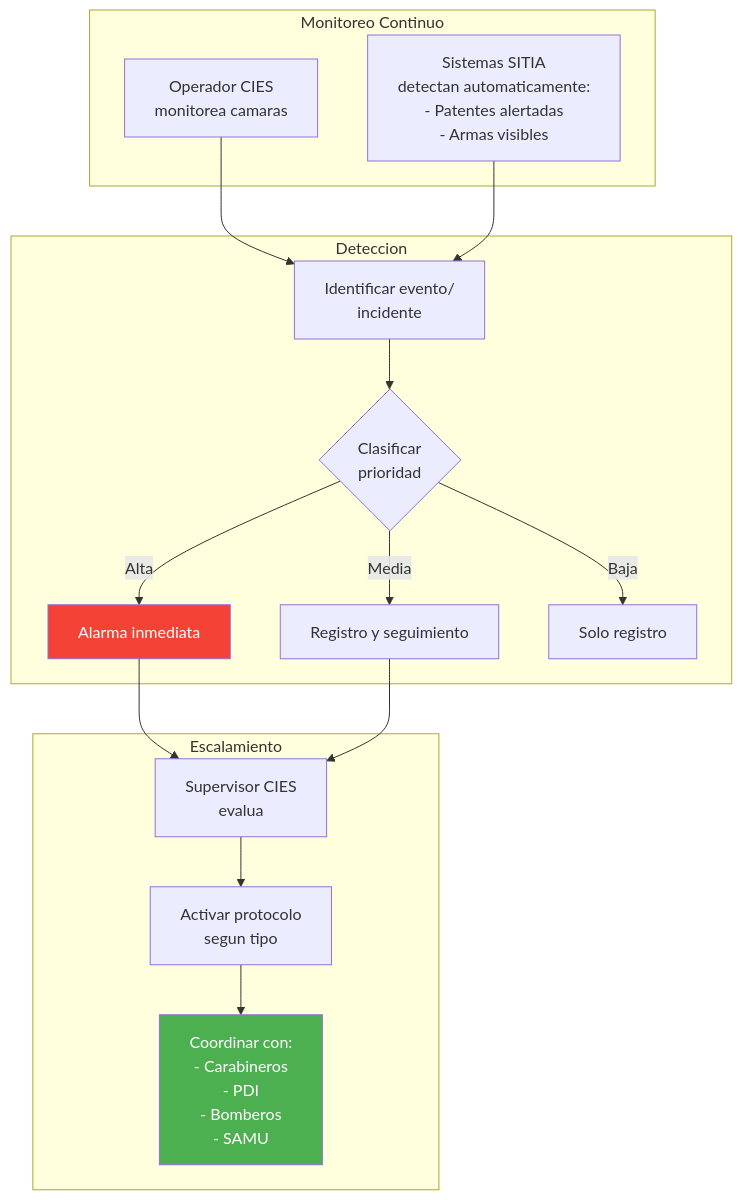
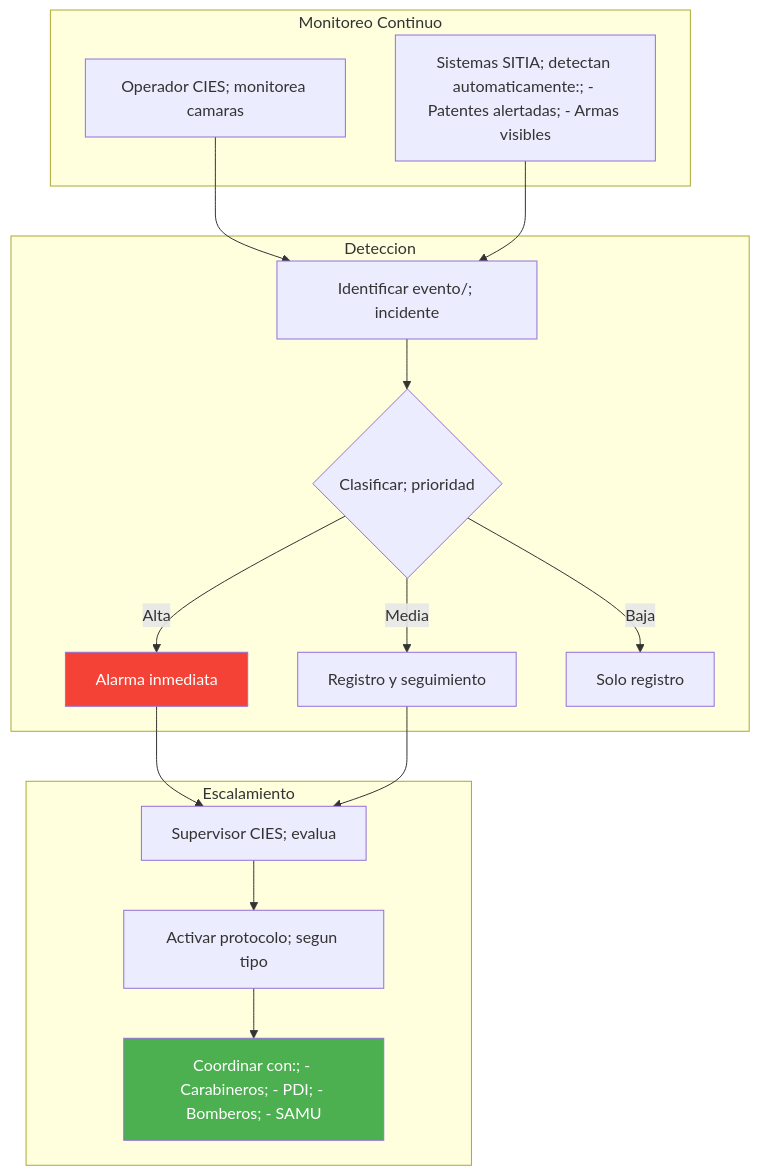
Before and after one commit to felix-antonio-sl/kora: the second of 8 diagrams in KNOWLEDGE/gn/kb/bpmn-cies-sitia.md, drawn with Mermaid. The commit also changed other lines of this file and 1034 other files, not shown here.

````diff
--- a/KNOWLEDGE/gn/kb/bpmn-cies-sitia.md
+++ b/KNOWLEDGE/gn/kb/bpmn-cies-sitia.md
@@ -61,29 +70,29 @@
 ```mermaid
 flowchart TD
-    subgraph MONITOREO["Monitoreo Continuo"]
-        A["Operador CIES<br/>monitorea camaras"]
-        B["Sistemas SITIA<br/>detectan automaticamente:<br/>- Patentes alertadas<br/>- Armas visibles"]
-    end
+ subgraph MONITOREO["Monitoreo Continuo"]
+ A["Operador CIES; monitorea camaras"]
+ B["Sistemas SITIA; detectan automaticamente:; - Patentes alertadas; - Armas visibles"]
+ end
 
-    subgraph DETECCION["Deteccion"]
-        C["Identificar evento/<br/>incidente"]
-        D{"Clasificar<br/>prioridad"}
-        D -->|"Alta"| E["Alarma inmediata"]
-        D -->|"Media"| F["Registro y seguimiento"]
-        D -->|"Baja"| G["Solo registro"]
-    end
+ subgraph DETECCION["Deteccion"]
+ C["Identificar evento/; incidente"]
+ D{"Clasificar; prioridad"}
+ D -->|"Alta"| E["Alarma inmediata"]
+ D -->|"Media"| F["Registro y seguimiento"]
+ D -->|"Baja"| G["Solo registro"]
+ end
 
-    subgraph ESCALAMIENTO["Escalamiento"]
-        E --> H["Supervisor CIES<br/>evalua"]
-        H --> I["Activar protocolo<br/>segun tipo"]
-        I --> J["Coordinar con:<br/>- Carabineros<br/>- PDI<br/>- Bomberos<br/>- SAMU"]
-    end
+ subgraph ESCALAMIENTO["Escalamiento"]
+ E --> H["Supervisor CIES; evalua"]
+ H --> I["Activar protocolo; segun tipo"]
+ I --> J["Coordinar con:; - Carabineros; - PDI; - Bomberos; - SAMU"]
+ end
 
-    A --> C
-    B --> C
-    C --> D
-    F --> H
+ A --> C
+ B --> C
+ C --> D
+ F --> H
 
-    style E fill:#f44336,color:#fff
-    style J fill:#4CAF50,color:#fff
+ style E fill:#f44336,color:#fff
+ style J fill:#4CAF50,color:#fff
 ```
````
